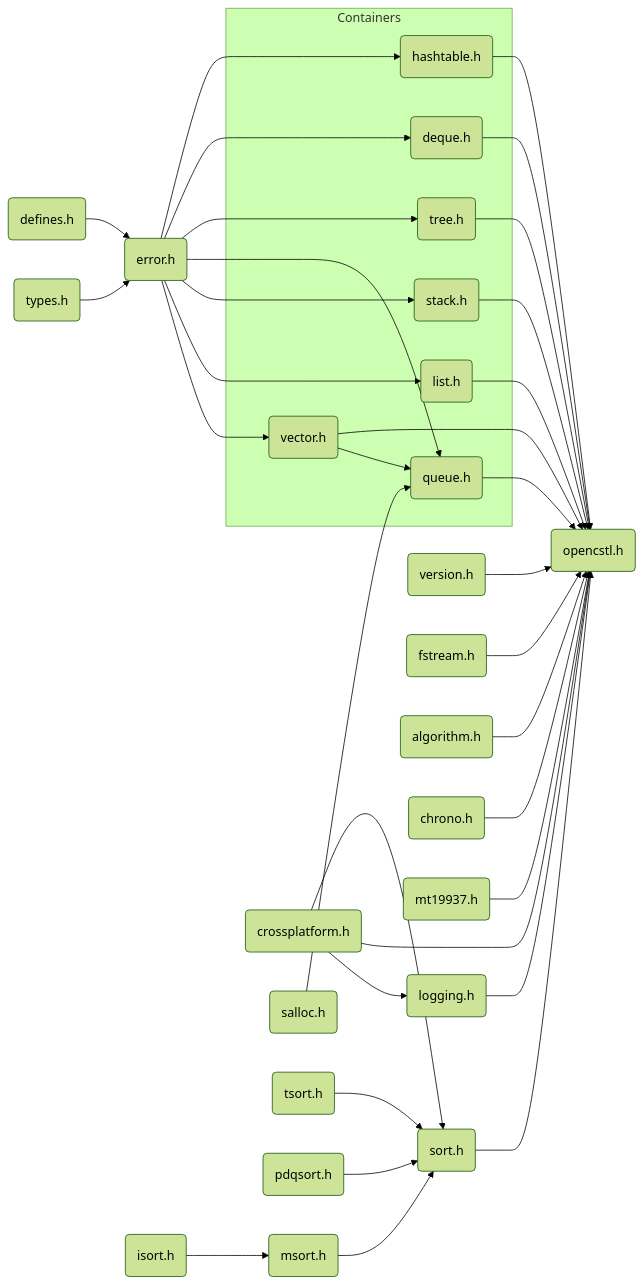
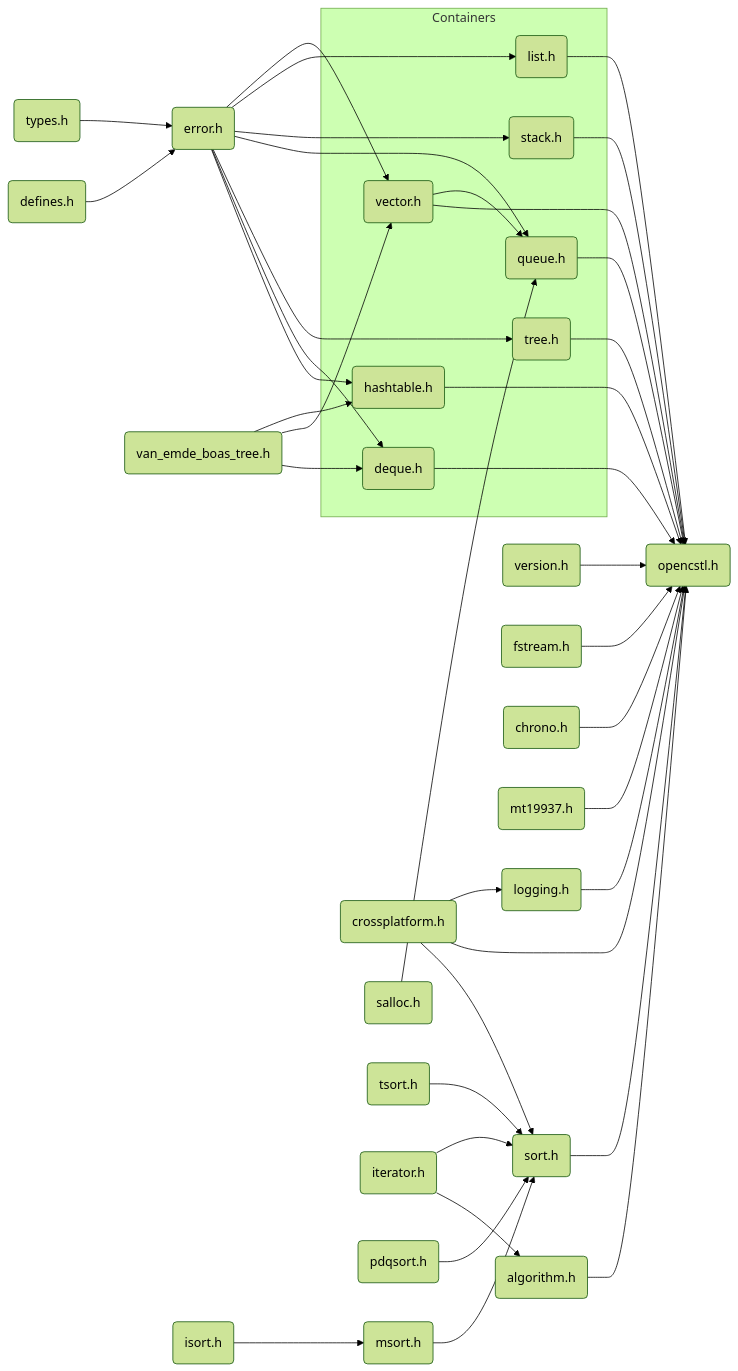
Before and after one commit to springkim/OpenCSTL: the diagram in README.md, drawn with Mermaid (forest theme). The commit also changed 12 other files, not shown here.

````diff
--- a/README.md
+++ b/README.md
@@ -165,47 +165,52 @@
 ```mermaid
 
   flowchart LR
       T(types.h) --> E(error.h)
       D(defines.h) --> E(error.h)
       C(crossplatform.h) --> L(logging.h)
       E(error.h) --> V(vector.h)
       E(error.h) --> LST(list.h)
       E(error.h) --> S(stack.h)
       SALLOC(salloc.h) --> Q(queue.h)
       E(error.h) --> Q(queue.h)
       V(vector.h) --> Q(queue.h)
       E(error.h) --> TREE(tree.h)
       E(error.h) --> DQ(deque.h)
       E(error.h) --> H(hashtable.h)
+      VEBT(van_emde_boas_tree.h) --> H(hashtable.h)
+      VEBT(van_emde_boas_tree.h) --> V(vector.h)
+      VEBT(van_emde_boas_tree.h) --> DQ(deque.h)
 
       subgraph CONTAINERS[Containers]
           V(vector.h)
           LST(list.h)
           S(stack.h)
           Q(queue.h)
           TREE(tree.h)
           DQ(deque.h)
           H(hashtable.h)
       end
 
       C(crossplatform.h) --> OCSTL(opencstl.h)
       V(vector.h) --> OCSTL(opencstl.h)
       LST(list.h) --> OCSTL(opencstl.h)
       TREE(tree.h) --> OCSTL(opencstl.h)
       S(stack.h) --> OCSTL(opencstl.h)
       Q(queue.h) --> OCSTL(opencstl.h)
       DQ(deque.h) --> OCSTL(opencstl.h)
       H(hashtable.h) --> OCSTL(opencstl.h)
       ISORT(isort.h) --> MSORT(msort.h)
       TSORT(tsort.h) --> SORT(sort.h)
       MSORT(msort.h) --> SORT(sort.h)
+      ITER(iterator.h) --> SORT(sort.h)
+      ITER(iterator.h) --> ALGO(algorithm.h)
       PDQSORT(pdqsort.h) --> SORT(sort.h)
       C(crossplatform.h) --> SORT(sort.h)
       SORT(sort.h) --> OCSTL(opencstl.h)
       VER(version.h) --> OCSTL(opencstl.h)
       FS(fstream.h) --> OCSTL(opencstl.h)
       ALGO(algorithm.h) --> OCSTL(opencstl.h)
       WATCH(chrono.h) --> OCSTL(opencstl.h)
       L(logging.h) --> OCSTL(opencstl.h)
       MT(mt19937.h) --> OCSTL(opencstl.h)
 ```
````
